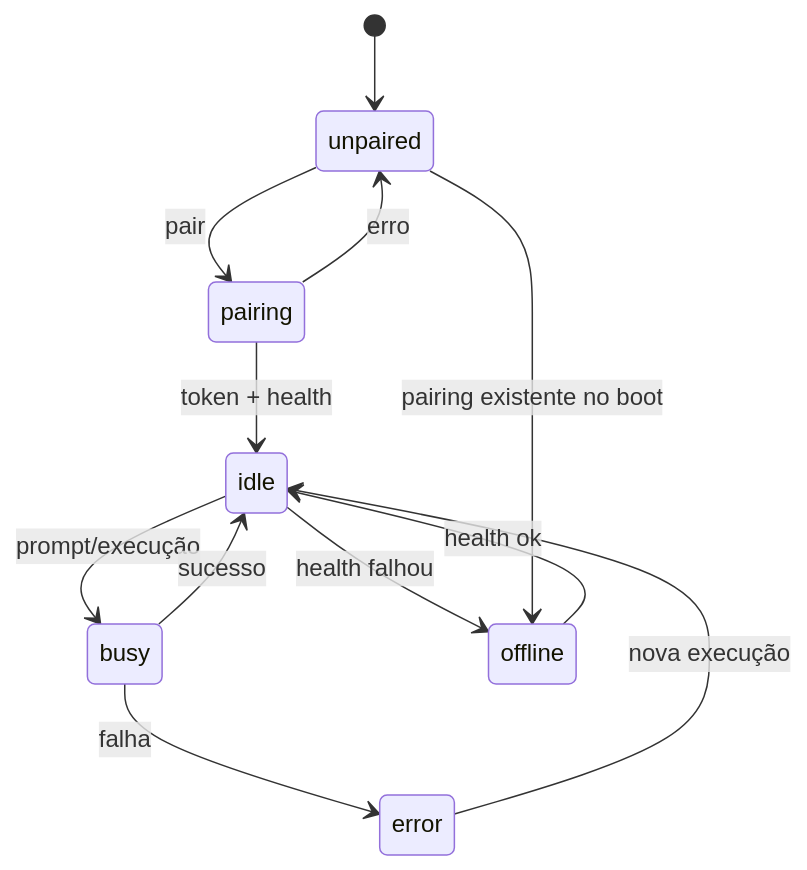
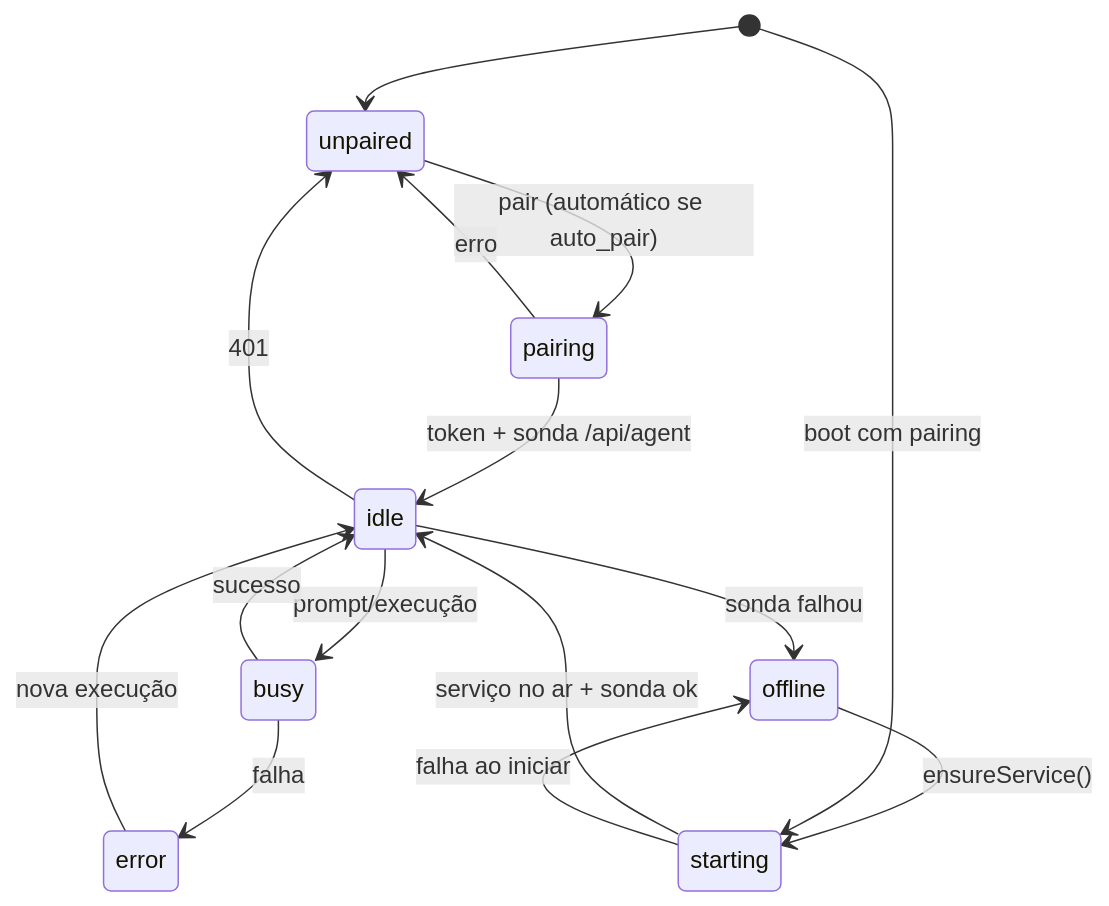
Before and after one commit to marcos2872/msbos-ai-chat: the diagram in docs/estado.md, drawn with Mermaid. The commit also changed other lines of this file and 19 other files, not shown here.

````diff
--- a/docs/estado.md
+++ b/docs/estado.md
@@ -247,14 +249,17 @@
 ```mermaid
 stateDiagram-v2
     [*] --> unpaired
-    unpaired --> pairing: pair
-    pairing --> idle: token + health
+    unpaired --> pairing: pair (automático se auto_pair)
+    pairing --> idle: token + sonda /api/agent
     pairing --> unpaired: erro
     idle --> busy: prompt/execução
     busy --> idle: sucesso
     busy --> error: falha
     error --> idle: nova execução
-    idle --> offline: health falhou
-    offline --> idle: health ok
-    unpaired --> offline: pairing existente no boot
+    idle --> offline: sonda falhou
+    offline --> starting: ensureService()
+    starting --> idle: serviço no ar + sonda ok
+    starting --> offline: falha ao iniciar
+    idle --> unpaired: 401
+    [*] --> starting: boot com pairing
 ```
````
